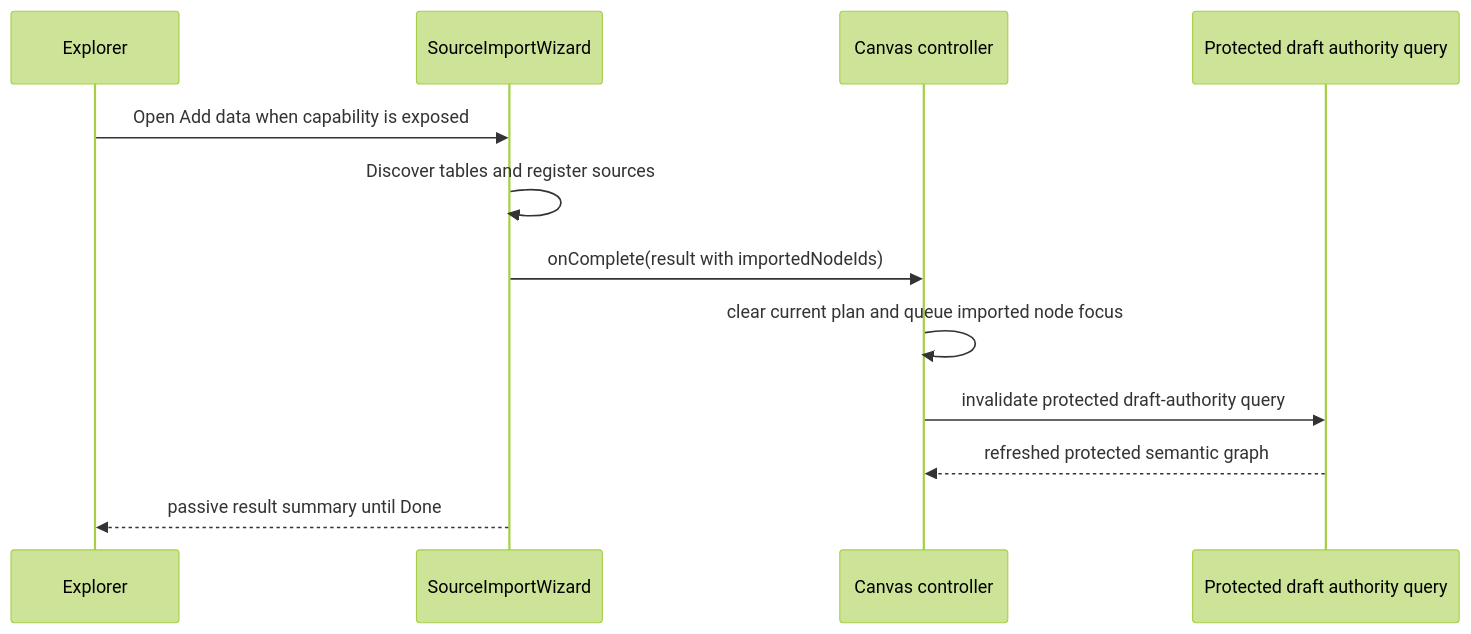
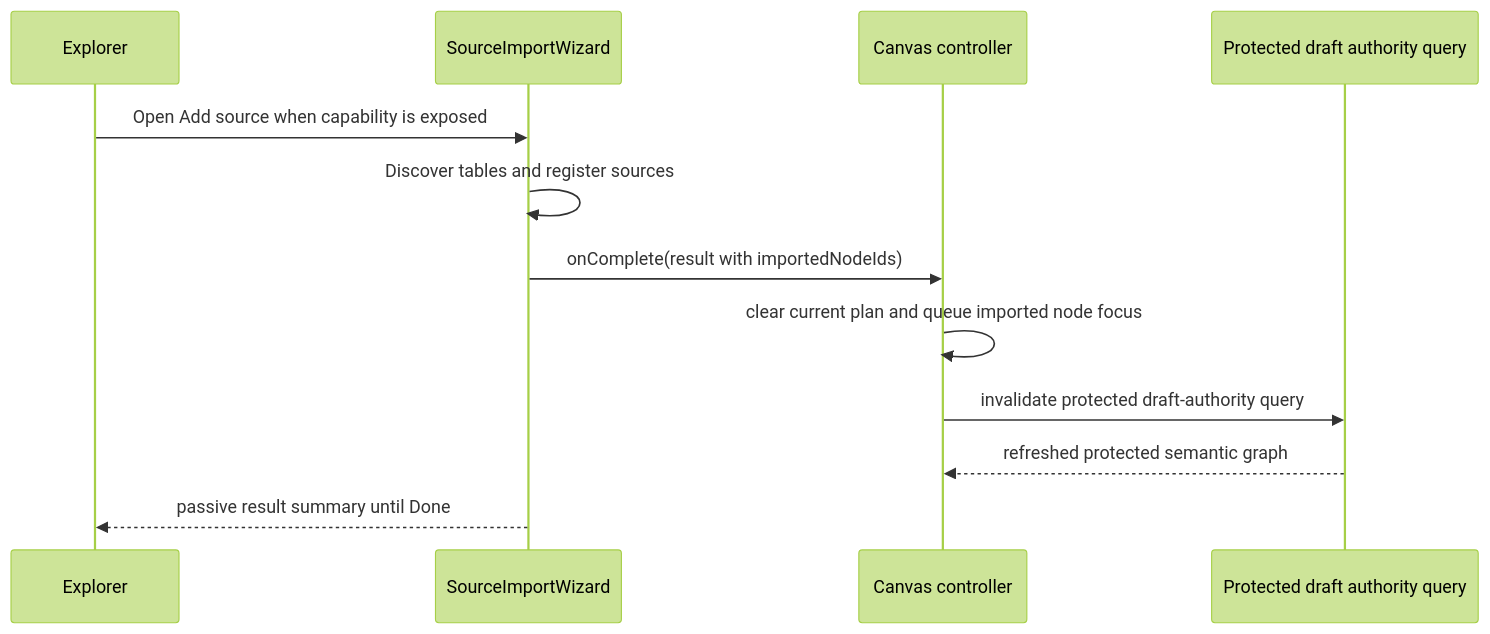
One commit to dunay2/dvt changed the fourth of 5 diagrams in docs/architecture/components/web/graph/canvas-component-map-and-modernization-review.md. Above: the diagram before and after it, drawn with Mermaid (forest theme). The commit also changed other lines of this file and 6 other files, not shown here.

````diff
--- a/docs/architecture/components/web/graph/canvas-component-map-and-modernization-review.md
+++ b/docs/architecture/components/web/graph/canvas-component-map-and-modernization-review.md
@@ -250,15 +250,15 @@
 ```mermaid
 sequenceDiagram
   participant Explorer as Explorer
   participant Wizard as SourceImportWizard
   participant Canvas as Canvas controller
   participant Authority as Protected draft authority query
 
-  Explorer->>Wizard: Open Add data when capability is exposed
+  Explorer->>Wizard: Open Add source when capability is exposed
   Wizard->>Wizard: Discover tables and register sources
   Wizard->>Canvas: onComplete(result with importedNodeIds)
   Canvas->>Canvas: clear current plan and queue imported node focus
   Canvas->>Authority: invalidate protected draft-authority query
   Authority-->>Canvas: refreshed protected semantic graph
   Wizard-->>Explorer: passive result summary until Done
 ```
````
